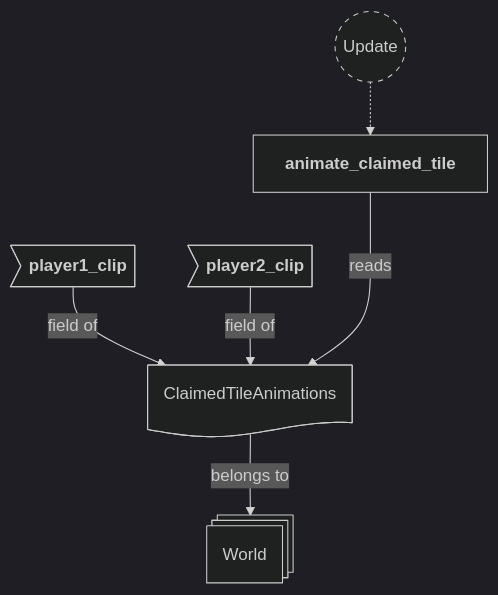
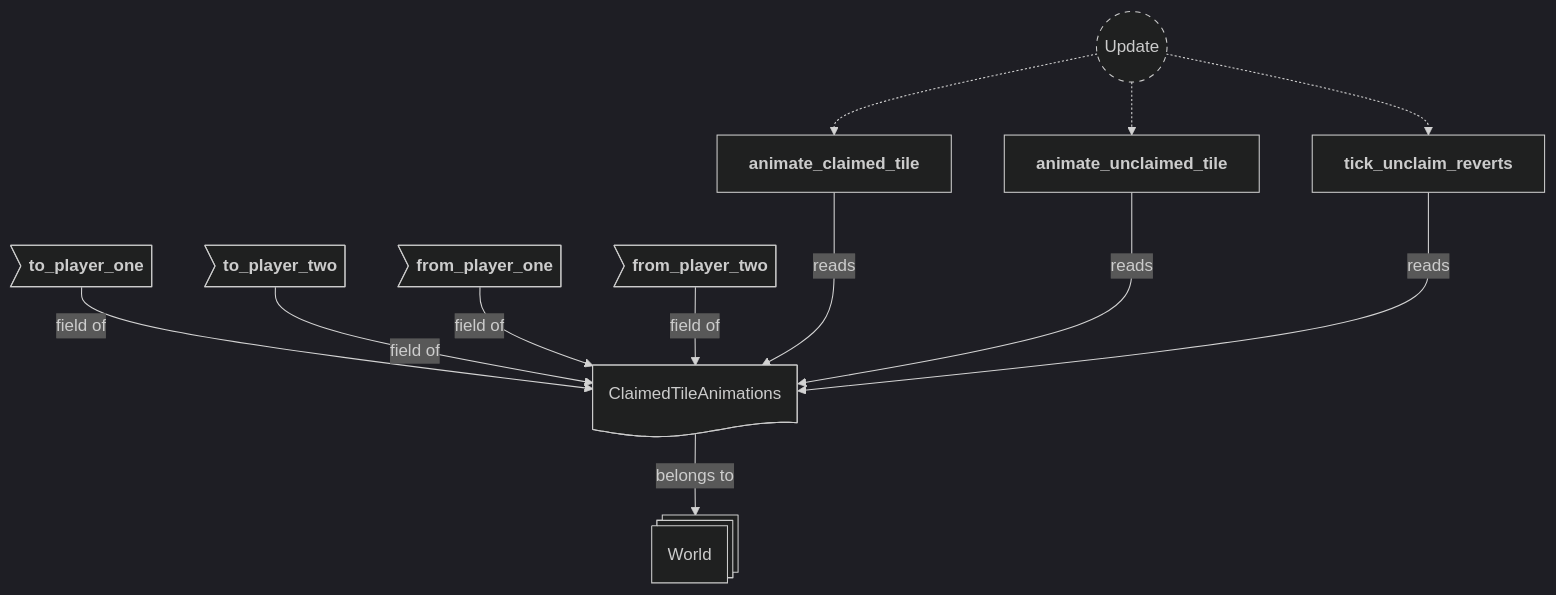
Before and after one commit to neurosoup/tyled: diagram 11 of 20 in backlog/docs/doc-5 - 004-Animations-plugin.md, drawn with Mermaid. The commit also changed other lines of this file and 1 other file, not shown here.

````diff
--- a/backlog/docs/doc-5 - 004-Animations-plugin.md
+++ b/backlog/docs/doc-5 - 004-Animations-plugin.md
@@ -402,26 +429,36 @@
 ```mermaid
 ---
 config:
   theme: dark
 ---
 
 flowchart TD
 classDef system-group stroke-dasharray: 5 5
 
 update(("`Update`")):::system-group
 animate_claimed_tile["`**animate_claimed_tile**`"]
+animate_unclaimed_tile["`**animate_unclaimed_tile**`"]
+tick_unclaim_reverts["`**tick_unclaim_reverts**`"]
 
 update -.-> animate_claimed_tile
+update -.-> animate_unclaimed_tile
+update -.-> tick_unclaim_reverts
 
 world@{ shape: st-rect, label: "World" }
 ct_anims_res@{ shape: doc, label: "ClaimedTileAnimations" }
 
-ct_anims_player1>"`**player1_clip**`"]
-ct_anims_player2>"`**player2_clip**`"]
+ct_anims_to1>"`**to_player_one**`"]
+ct_anims_to2>"`**to_player_two**`"]
+ct_anims_from1>"`**from_player_one**`"]
+ct_anims_from2>"`**from_player_two**`"]
 
 ct_anims_res --> |belongs to| world
-ct_anims_player1 --> |field of| ct_anims_res
-ct_anims_player2 --> |field of| ct_anims_res
+ct_anims_to1 --> |field of| ct_anims_res
+ct_anims_to2 --> |field of| ct_anims_res
+ct_anims_from1 --> |field of| ct_anims_res
+ct_anims_from2 --> |field of| ct_anims_res
 
 animate_claimed_tile ---> |reads| ct_anims_res
+animate_unclaimed_tile ---> |reads| ct_anims_res
+tick_unclaim_reverts ---> |reads| ct_anims_res
 ```
````
